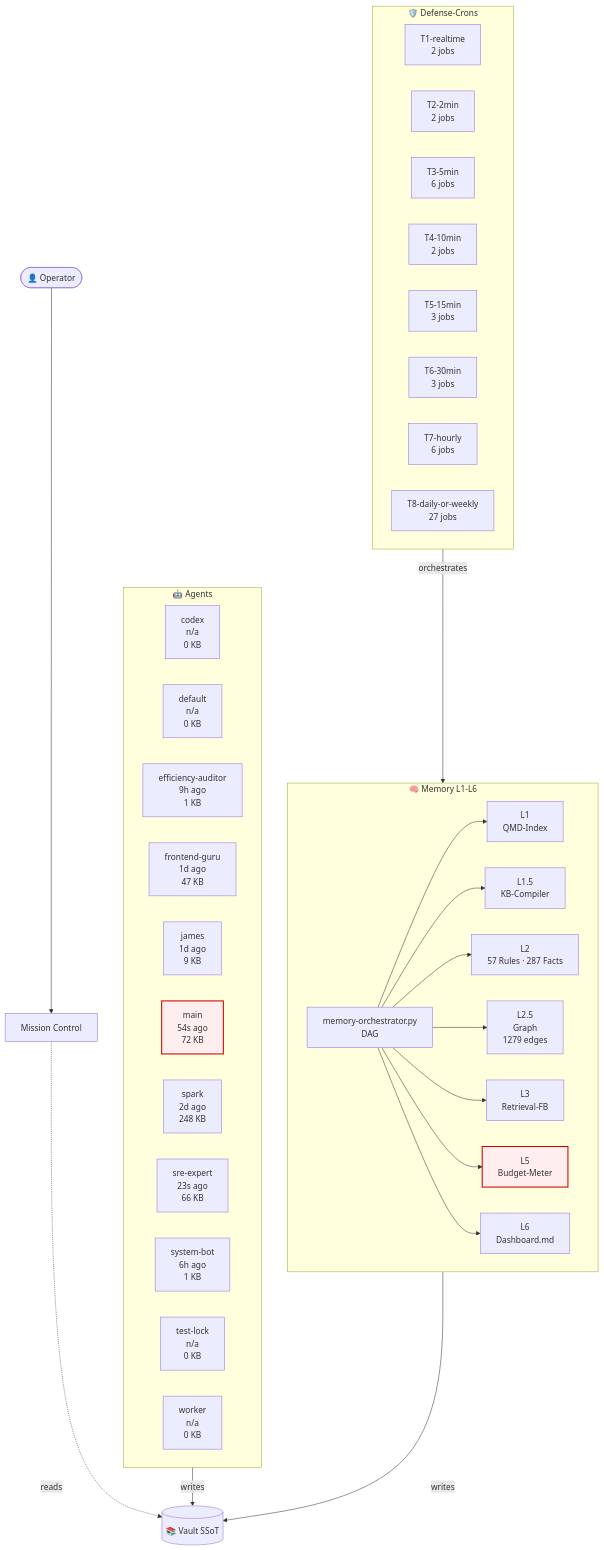
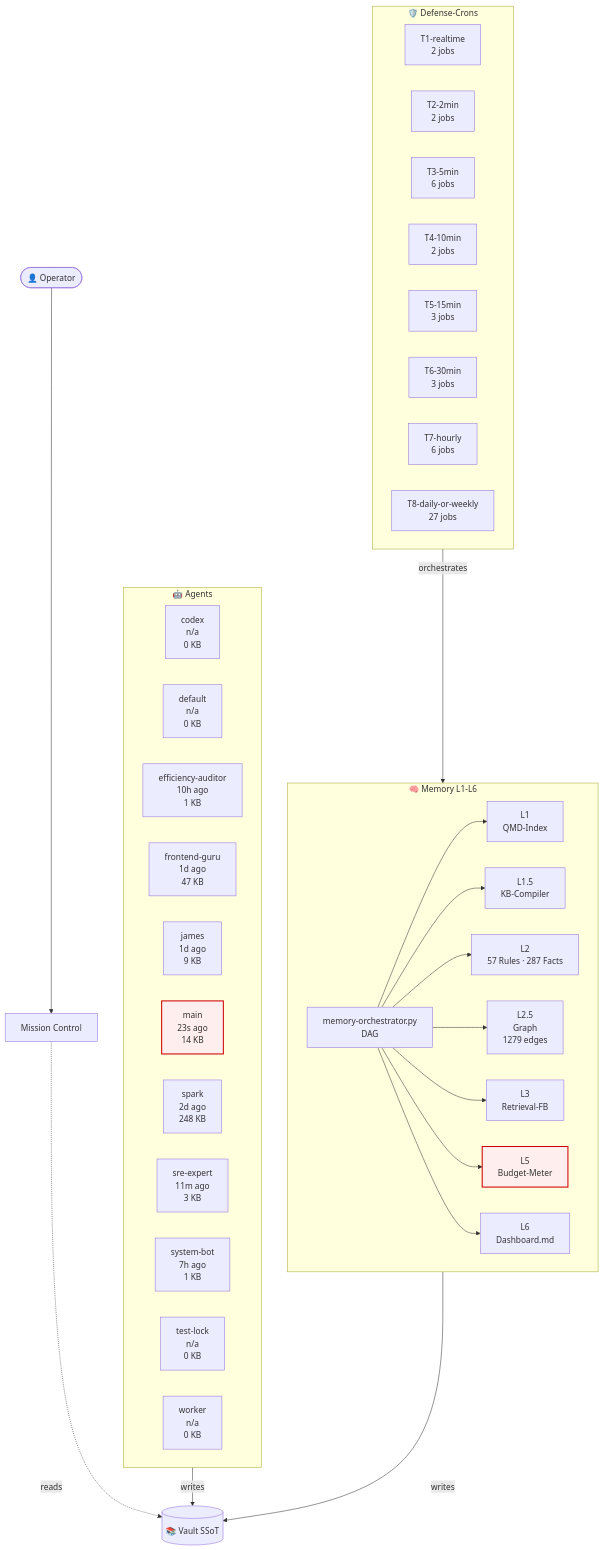
Before and after one commit to lenardhuebner88-rgb/openclaw-memory: the diagram in 03-Agents/architecture-live.md, drawn with Mermaid. The commit also changed other lines of this file and 18 other files, not shown here.

````diff
--- a/03-Agents/architecture-live.md
+++ b/03-Agents/architecture-live.md
@@ -18,54 +18,54 @@
 ```mermaid
 flowchart TB
     classDef critical fill:#fee,stroke:#c00,stroke-width:2px;
     subgraph AGT["🤖 Agents"]
         agent_codex["codex<br/>n/a<br/>0 KB"]
         agent_default["default<br/>n/a<br/>0 KB"]
-        agent_efficiency_auditor["efficiency-auditor<br/>9h ago<br/>1 KB"]
+        agent_efficiency_auditor["efficiency-auditor<br/>10h ago<br/>1 KB"]
         agent_frontend_guru["frontend-guru<br/>1d ago<br/>47 KB"]
         agent_james["james<br/>1d ago<br/>9 KB"]
-        agent_main["main<br/>54s ago<br/>72 KB"]
+        agent_main["main<br/>23s ago<br/>14 KB"]
         agent_spark["spark<br/>2d ago<br/>248 KB"]
-        agent_sre_expert["sre-expert<br/>23s ago<br/>66 KB"]
-        agent_system_bot["system-bot<br/>6h ago<br/>1 KB"]
+        agent_sre_expert["sre-expert<br/>11m ago<br/>3 KB"]
+        agent_system_bot["system-bot<br/>7h ago<br/>1 KB"]
         agent_test_lock["test-lock<br/>n/a<br/>0 KB"]
         agent_worker["worker<br/>n/a<br/>0 KB"]
     end
     subgraph MEM["🧠 Memory L1-L6"]
         L1["L1<br/>QMD-Index"]
         L15["L1.5<br/>KB-Compiler"]
         L2["L2<br/>57 Rules · 287 Facts"]
         L25["L2.5<br/>Graph<br/>1279 edges"]
         L3["L3<br/>Retrieval-FB"]
         L5["L5<br/>Budget-Meter"]
         L6["L6<br/>Dashboard.md"]
         ORCH["memory-orchestrator.py<br/>DAG"]
     end
     subgraph CRN["🛡️ Defense-Crons"]
         tier_T1_realtime["T1-realtime<br/>2 jobs"]
         tier_T2_2min["T2-2min<br/>2 jobs"]
         tier_T3_5min["T3-5min<br/>6 jobs"]
         tier_T4_10min["T4-10min<br/>2 jobs"]
         tier_T5_15min["T5-15min<br/>3 jobs"]
         tier_T6_30min["T6-30min<br/>3 jobs"]
         tier_T7_hourly["T7-hourly<br/>6 jobs"]
         tier_T8_daily_or_weekly["T8-daily-or-weekly<br/>27 jobs"]
     end
     VAULT[("📚 Vault SSoT")]
     OP([👤 Operator])
     MC["Mission Control"]
     OP --> MC
     MC -.reads.-> VAULT
     AGT -->|writes| VAULT
     MEM -->|writes| VAULT
     ORCH --> L1
     ORCH --> L15
     ORCH --> L2
     ORCH --> L25
     ORCH --> L3
     ORCH --> L5
     ORCH --> L6
     CRN -->|orchestrates| MEM
     class L5 critical
     class agent_main critical
 ```
````
